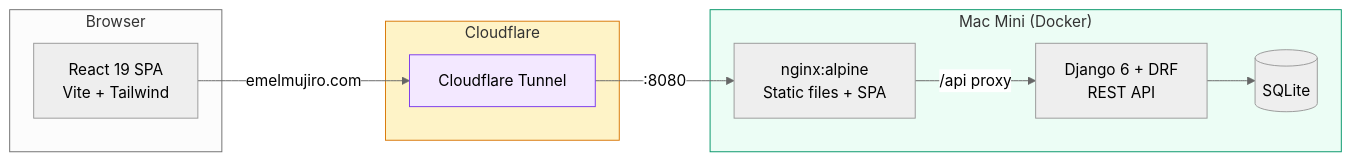
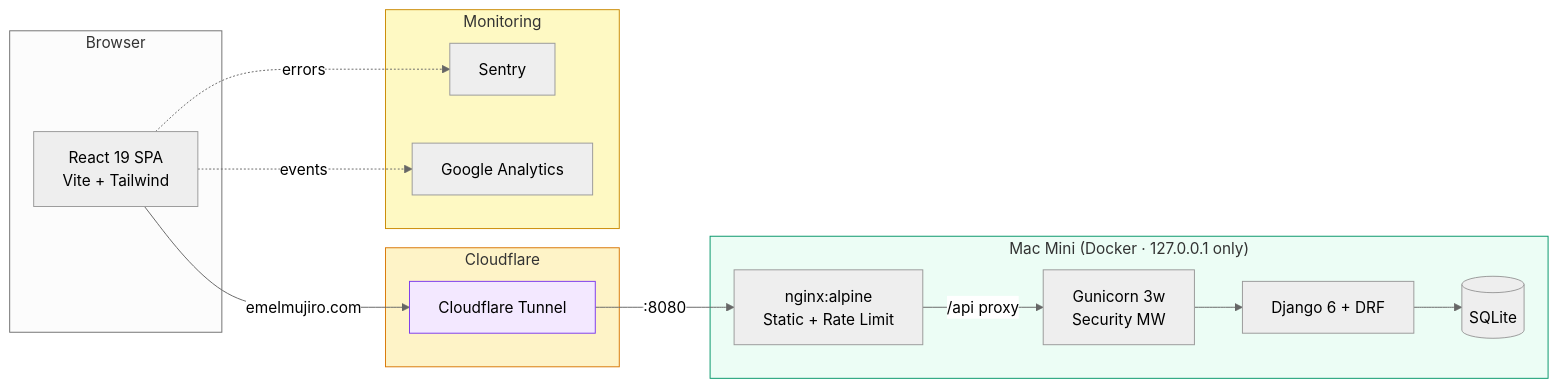
Before and after one commit to researcherhojin/emelmujiro: the diagram in README.md, drawn with Mermaid (neutral theme). The commit also changed 5 other files, not shown here.

````diff
--- a/README.md
+++ b/README.md
@@ -97,25 +97,35 @@
 ```mermaid
 graph LR
     subgraph Client["Browser"]
         React["React 19 SPA\nVite + Tailwind"]
     end
 
     subgraph CF["Cloudflare"]
         Tunnel["Cloudflare Tunnel"]
     end
 
-    subgraph MacMini["Mac Mini (Docker)"]
-        Nginx["nginx:alpine\nStatic files + SPA"]
-        DRF["Django 6 + DRF\nREST API"]
+    subgraph MacMini["Mac Mini (Docker · 127.0.0.1 only)"]
+        Nginx["nginx:alpine\nStatic + Rate Limit"]
+        Gunicorn["Gunicorn 3w\nSecurity MW"]
+        DRF["Django 6 + DRF"]
         DB[(SQLite)]
+    end
+
+    subgraph Monitoring["Monitoring"]
+        Sentry["Sentry"]
+        GA["Google Analytics"]
     end
 
     React -->|emelmujiro.com| Tunnel
     Tunnel -->|:8080| Nginx
-    Nginx -->|/api proxy| DRF
+    Nginx -->|/api proxy| Gunicorn
+    Gunicorn --> DRF
     DRF --> DB
+    React -.->|errors| Sentry
+    React -.->|events| GA
 
     style Tunnel fill:#F3E8FF,stroke:#7C3AED
     style MacMini fill:#ECFDF5,stroke:#059669
     style CF fill:#FEF3C7,stroke:#D97706
+    style Monitoring fill:#FEF9C3,stroke:#CA8A04
 ```
````
